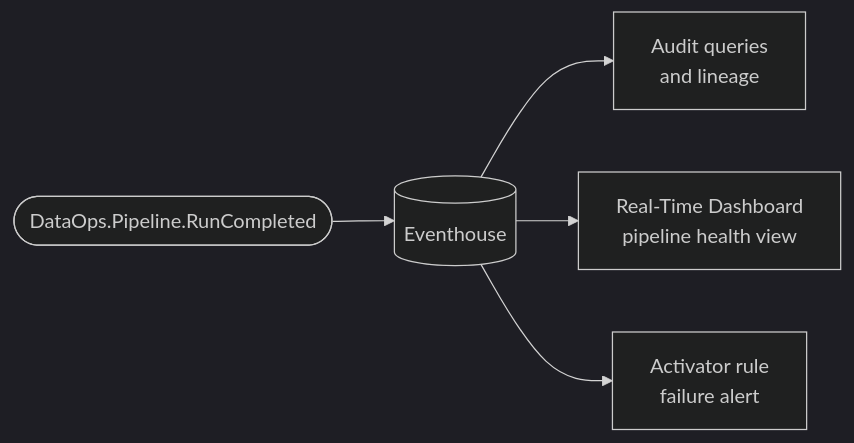
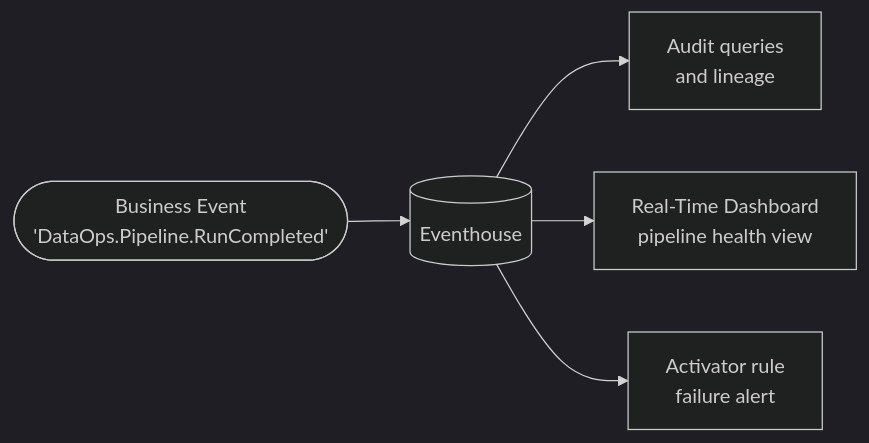
The second of 2 diagrams in docs/business-events/scenarios/scenario-04-pipeline-audit/README.md (microsoft/fabric-events), drawn with Mermaid (dark theme) before and after one commit. The commit also changed other lines of this file and 9 other files, not shown here.

First line of the commit message:
Standardize Business Event diagram nodes across all articles

````diff
--- a/docs/business-events/scenarios/scenario-04-pipeline-audit/README.md
+++ b/docs/business-events/scenarios/scenario-04-pipeline-audit/README.md
@@ -209,7 +209,7 @@
 ```mermaid
 flowchart LR
-    BE([DataOps.Pipeline.RunCompleted]) --> EH[(Eventhouse)]
+    BE([Business Event\n'DataOps.Pipeline.RunCompleted']) --> EH[(Eventhouse)]
     EH --> KQL[Audit queries\nand lineage]
     EH --> RTD[Real-Time Dashboard\npipeline health view]
     EH --> ACT[Activator rule\nfailure alert]
 ```
````
